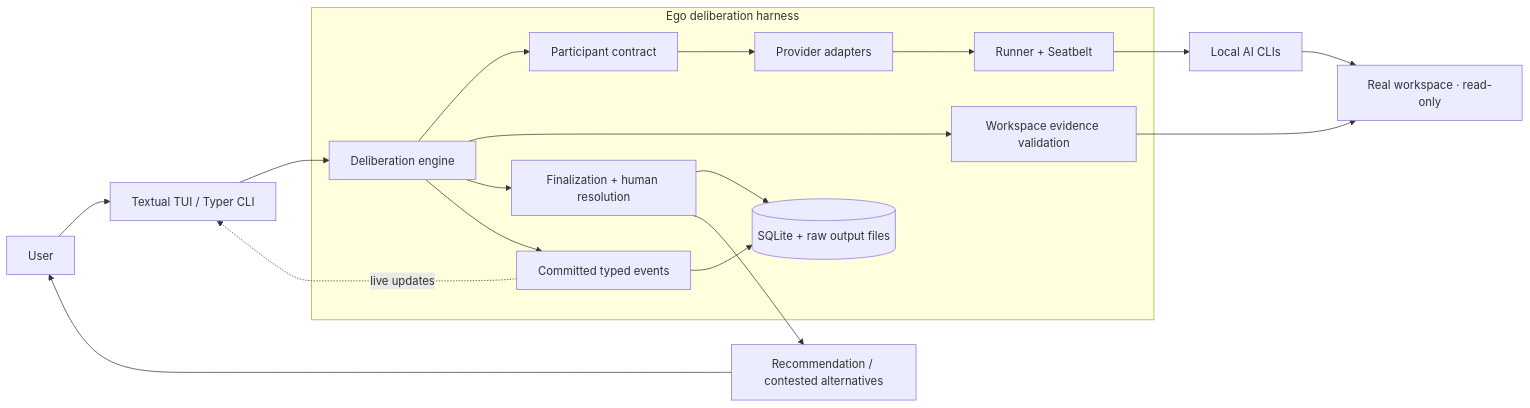
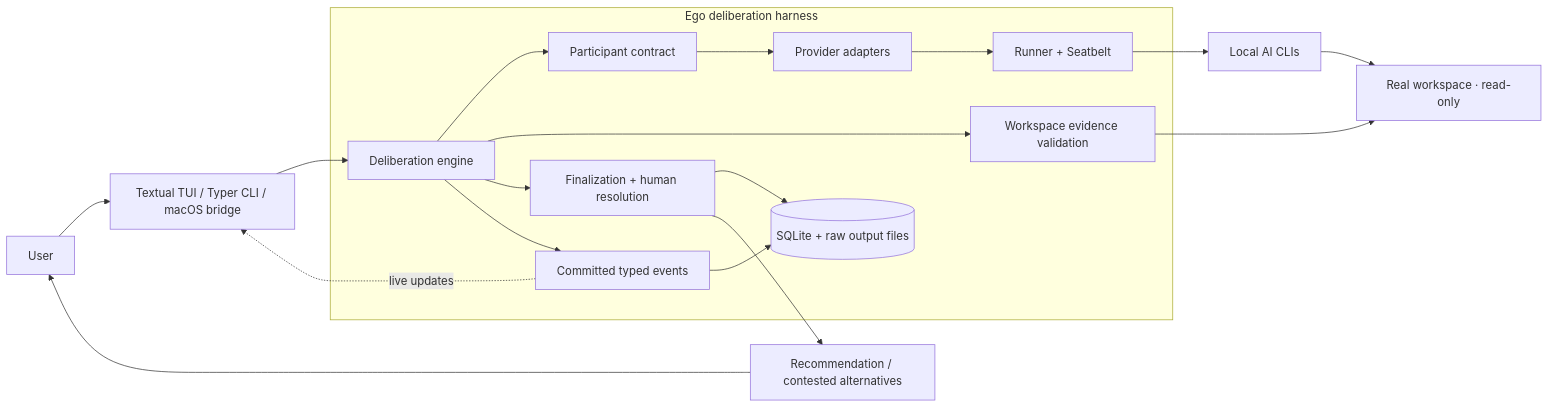
The diagram in README.md (rrmarto/ego), drawn with Mermaid before and after one commit. The commit also changed other lines of this file and 5 other files, not shown here.

Commit message:
Document macOS JSONL bridge

````diff
--- a/README.md
+++ b/README.md
@@ -203,29 +227,29 @@
 ```mermaid
 flowchart LR
-    User[User] --> Interfaces[Textual TUI / Typer CLI]
+    User[User] --> Interfaces[Textual TUI / Typer CLI / macOS bridge]
 
     subgraph Harness[Ego deliberation harness]
         Engine[Deliberation engine]
         Contract[Participant contract]
         Adapters[Provider adapters]
         Boundary[Runner + Seatbelt]
         Evidence[Workspace evidence validation]
         Finalization[Finalization + human resolution]
         Events[Committed typed events]
         Store[(SQLite + raw output files)]
 
         Engine --> Contract --> Adapters --> Boundary
         Engine --> Evidence
         Engine --> Finalization
         Engine --> Events --> Store
         Finalization --> Store
     end
 
     Interfaces --> Engine
     Events -. live updates .-> Interfaces
     Boundary --> CLIs[Local AI CLIs]
     CLIs --> Workspace[Real workspace · read-only]
     Evidence --> Workspace
     Finalization --> Decision[Recommendation / contested alternatives]
     Decision --> User
 ```
````
